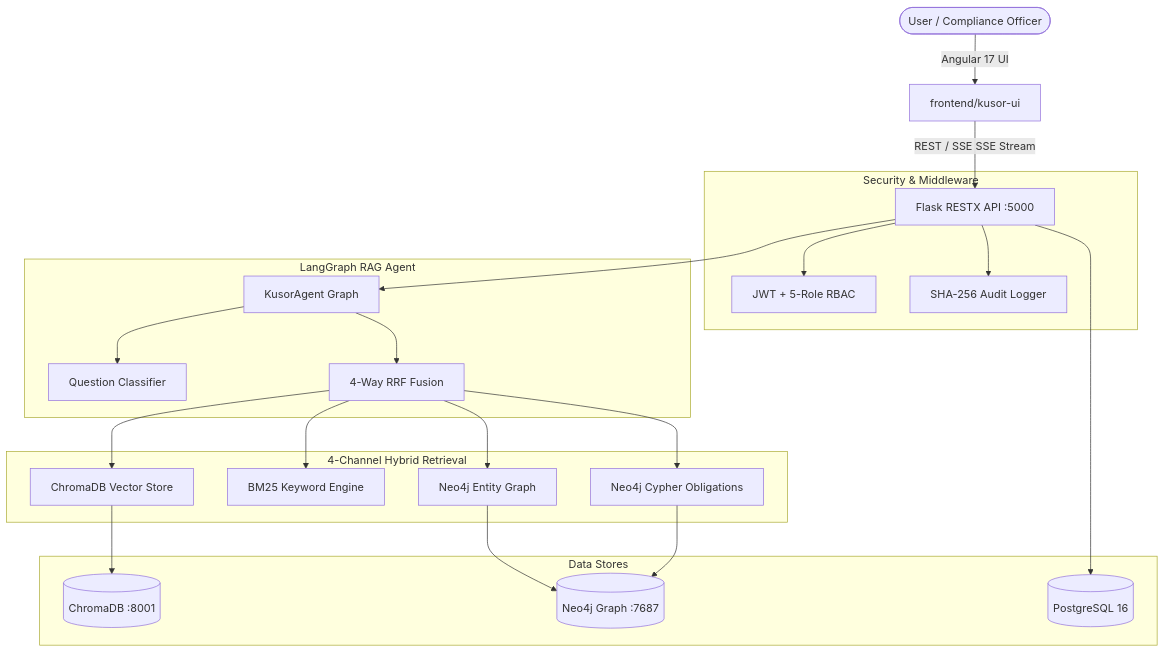
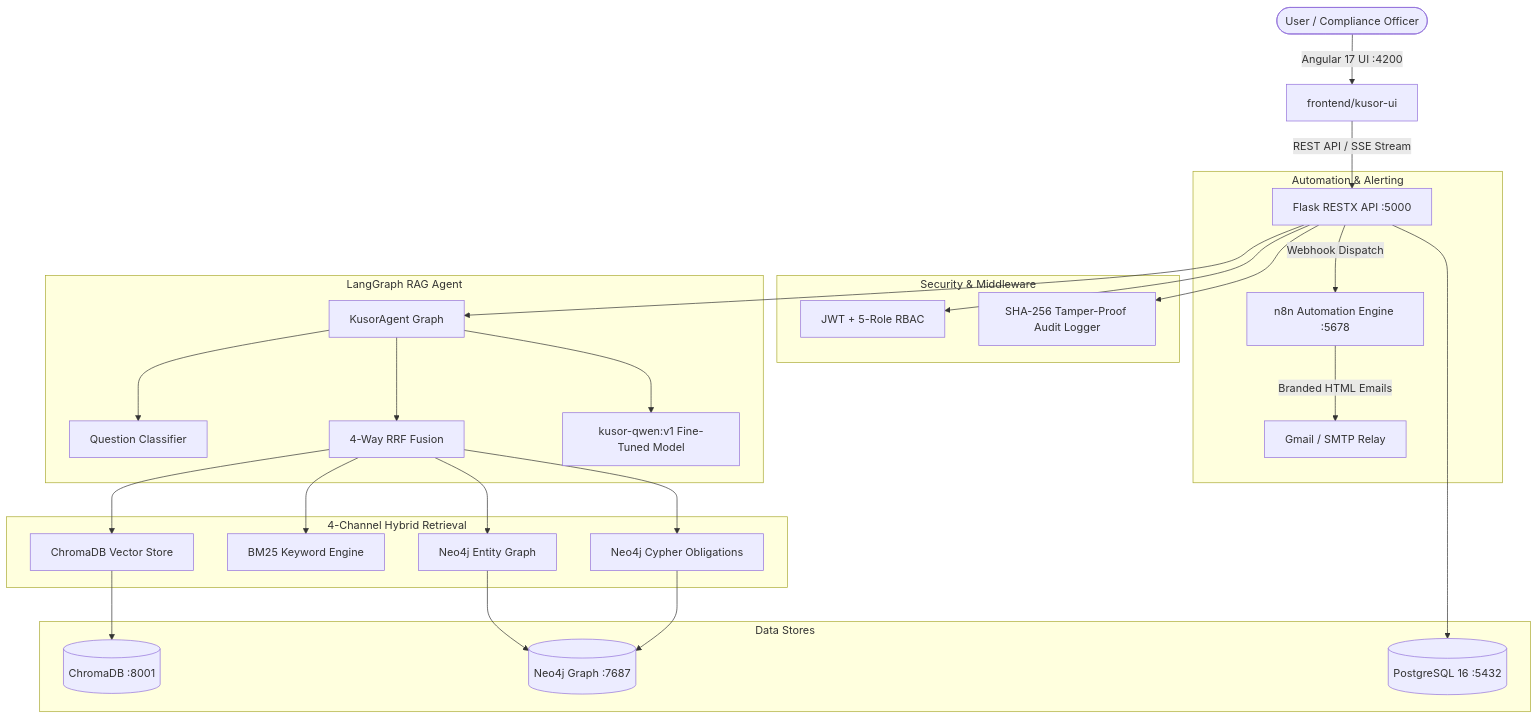
One commit to HousseinTlili/Kusor-V2 changed the diagram in README.md. Above: the diagram before and after it, drawn with Mermaid. The commit also changed other lines of this file and 49 other files, not shown here.

Commit message:
feat: complete KUSOR v3 platform stack, n8n automations, fine-tuning scripts, and 5-role dashboards

````diff
--- a/README.md
+++ b/README.md
@@ -49,30 +49,36 @@
 ```mermaid
 graph TD
-    User([User / Compliance Officer]) -->|Angular 17 UI| Frontend[frontend/kusor-ui]
-    Frontend -->|REST / SSE SSE Stream| API[Flask RESTX API :5000]
+    User([User / Compliance Officer]) -->|Angular 17 UI :4200| Frontend[frontend/kusor-ui]
+    Frontend -->|REST API / SSE Stream| API[Flask RESTX API :5000]
     
+    subgraph Automation & Alerting
+        API -->|Webhook Dispatch| N8N[n8n Automation Engine :5678]
+        N8N -->|Branded HTML Emails| SMTP[Gmail / SMTP Relay]
+    end
+
     subgraph Security & Middleware
         API --> Auth[JWT + 5-Role RBAC]
-        API --> Audit[SHA-256 Audit Logger]
+        API --> Audit[SHA-256 Tamper-Proof Audit Logger]
     end
 
     subgraph LangGraph RAG Agent
         API --> Agent[KusorAgent Graph]
         Agent --> Classifier[Question Classifier]
         Agent --> RRF[4-Way RRF Fusion]
+        Agent --> LLM[kusor-qwen:v1 Fine-Tuned Model]
     end
 
     subgraph 4-Channel Hybrid Retrieval
         RRF --> VectorChannel[ChromaDB Vector Store]
         RRF --> BM25Channel[BM25 Keyword Engine]
         RRF --> GraphChannel[Neo4j Entity Graph]
         RRF --> ObligationChannel[Neo4j Cypher Obligations]
     end
 
     subgraph Data Stores
         VectorChannel --> Chroma[(ChromaDB :8001)]
         GraphChannel --> Neo4j[(Neo4j Graph :7687)]
         ObligationChannel --> Neo4j
-        API --> Postgres[(PostgreSQL 16)]
+        API --> Postgres[(PostgreSQL 16 :5432)]
     end
 ```
````
